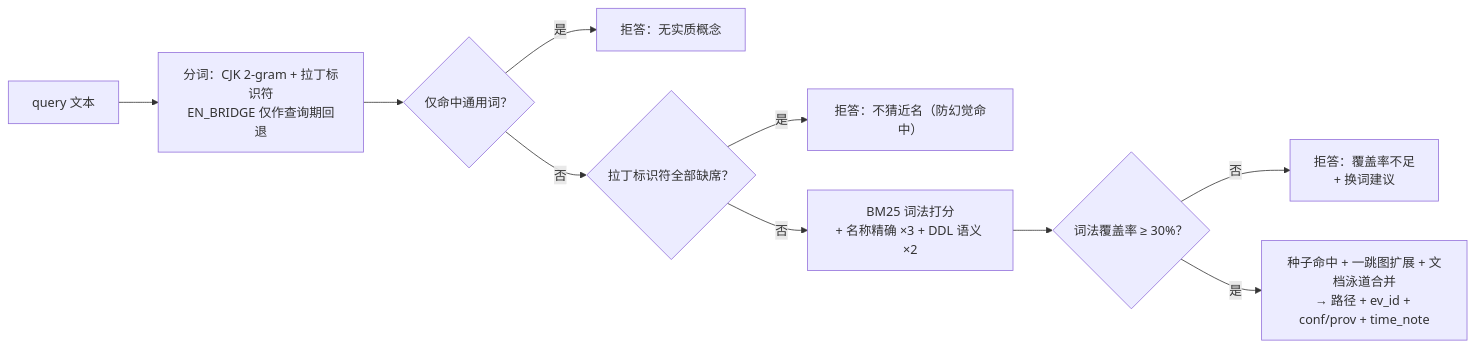
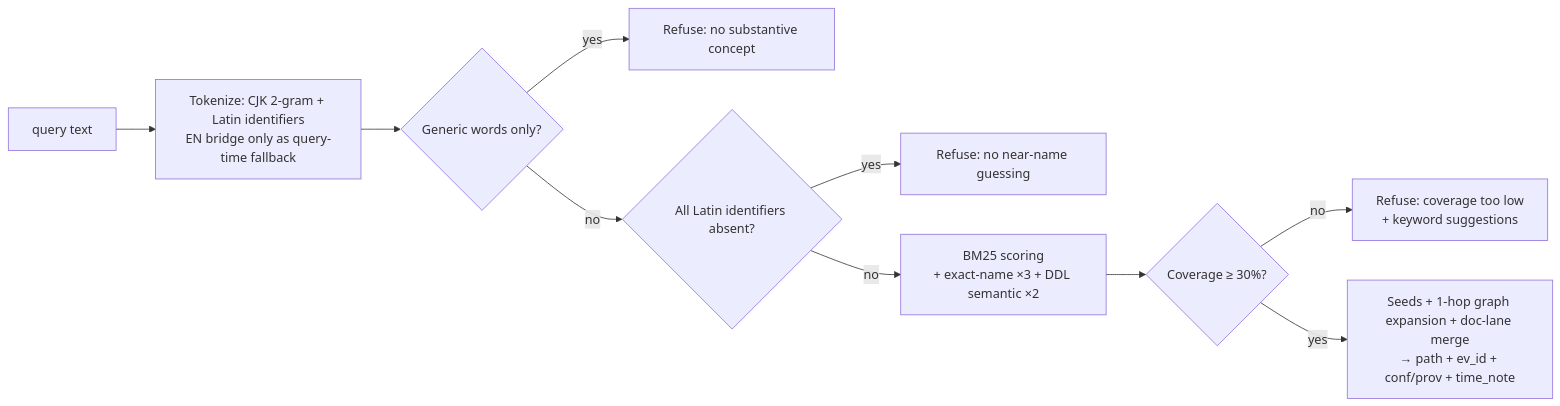
Before and after one commit to SunArthurX/domimap: the second of 2 diagrams in README.md, drawn with Mermaid. The commit also changed other lines of this file and 1 other file, not shown here.

Commit message:
docs: README 双语重构——英文主文件 + 完整中文版 README.zh-CN.md，顶部语言切换器互链（替代中英逐段混排）；mermaid 图按语言本地化；已知限制刷新（跨语差距已由嵌入+分段收窄至检索级 70/140，答案层复测中）；边类型数按 schema.json 核正为 13

````diff
--- a/README.md
+++ b/README.md
@@ -221,12 +184,12 @@
 ```mermaid
 flowchart LR
-    Q["query 文本"] --> TOK["分词：CJK 2-gram + 拉丁标识符<br/>EN_BRIDGE 仅作查询期回退"]
-    TOK --> G1{"仅命中通用词？"}
-    G1 -->|是| R1["拒答：无实质概念"]
-    G1 -->|否| G2{"拉丁标识符全部缺席？"}
-    G2 -->|是| R2["拒答：不猜近名（防幻觉命中）"]
-    G2 -->|否| SCORE["BM25 词法打分<br/>+ 名称精确 ×3 + DDL 语义 ×2"]
-    SCORE --> G3{"词法覆盖率 ≥ 30%？"}
-    G3 -->|否| R3["拒答：覆盖率不足<br/>+ 换词建议"]
-    G3 -->|是| OUT["种子命中 + 一跳图扩展 + 文档泳道合并<br/>→ 路径 + ev_id + conf/prov + time_note"]
+    Q["query text"] --> TOK["Tokenize: CJK 2-gram + Latin identifiers<br/>EN bridge only as query-time fallback"]
+    TOK --> G1{"Generic words only?"}
+    G1 -->|yes| R1["Refuse: no substantive concept"]
+    G1 -->|no| G2{"All Latin identifiers absent?"}
+    G2 -->|yes| R2["Refuse: no near-name guessing"]
+    G2 -->|no| SCORE["BM25 scoring<br/>+ exact-name ×3 + DDL semantic ×2"]
+    SCORE --> G3{"Coverage ≥ 30%?"}
+    G3 -->|no| R3["Refuse: coverage too low<br/>+ keyword suggestions"]
+    G3 -->|yes| OUT["Seeds + 1-hop graph expansion + doc-lane merge<br/>→ path + ev_id + conf/prov + time_note"]
 ```
````
